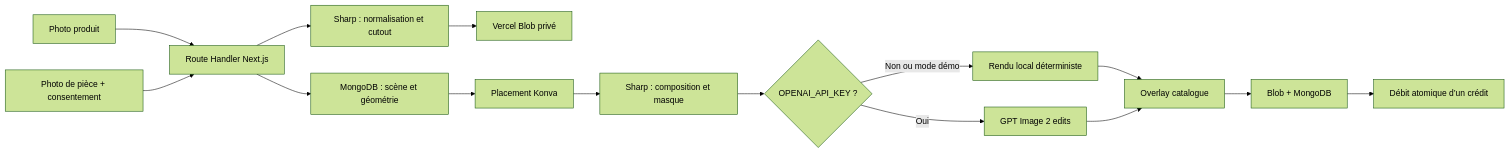
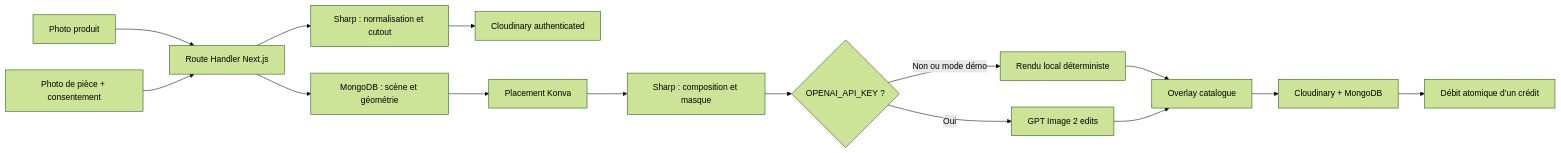
Before and after one commit to GameNotCreator/lilidecoai: the diagram in docs/architecture.md, drawn with Mermaid (forest theme). The commit also changed other lines of this file and 23 other files, not shown here.

Commit message:
Fix production auth flow and add Cloudinary storage

````diff
--- a/docs/architecture.md
+++ b/docs/architecture.md
@@ -19,17 +19,17 @@
 ```mermaid
 flowchart LR
     A["Photo produit"] --> B["Route Handler Next.js"]
     B --> C["Sharp : normalisation et cutout"]
-    C --> D["Vercel Blob privé"]
+    C --> D["Cloudinary authenticated"]
     E["Photo de pièce + consentement"] --> B
     B --> F["MongoDB : scène et géométrie"]
     F --> G["Placement Konva"]
     G --> H["Sharp : composition et masque"]
     H --> I{"OPENAI_API_KEY ?"}
     I -->|Non ou mode démo| J["Rendu local déterministe"]
     I -->|Oui| K["GPT Image 2 edits"]
     J --> L["Overlay catalogue"]
     K --> L
-    L --> M["Blob + MongoDB"]
+    L --> M["Cloudinary + MongoDB"]
     M --> N["Débit atomique d’un crédit"]
 ```
````
